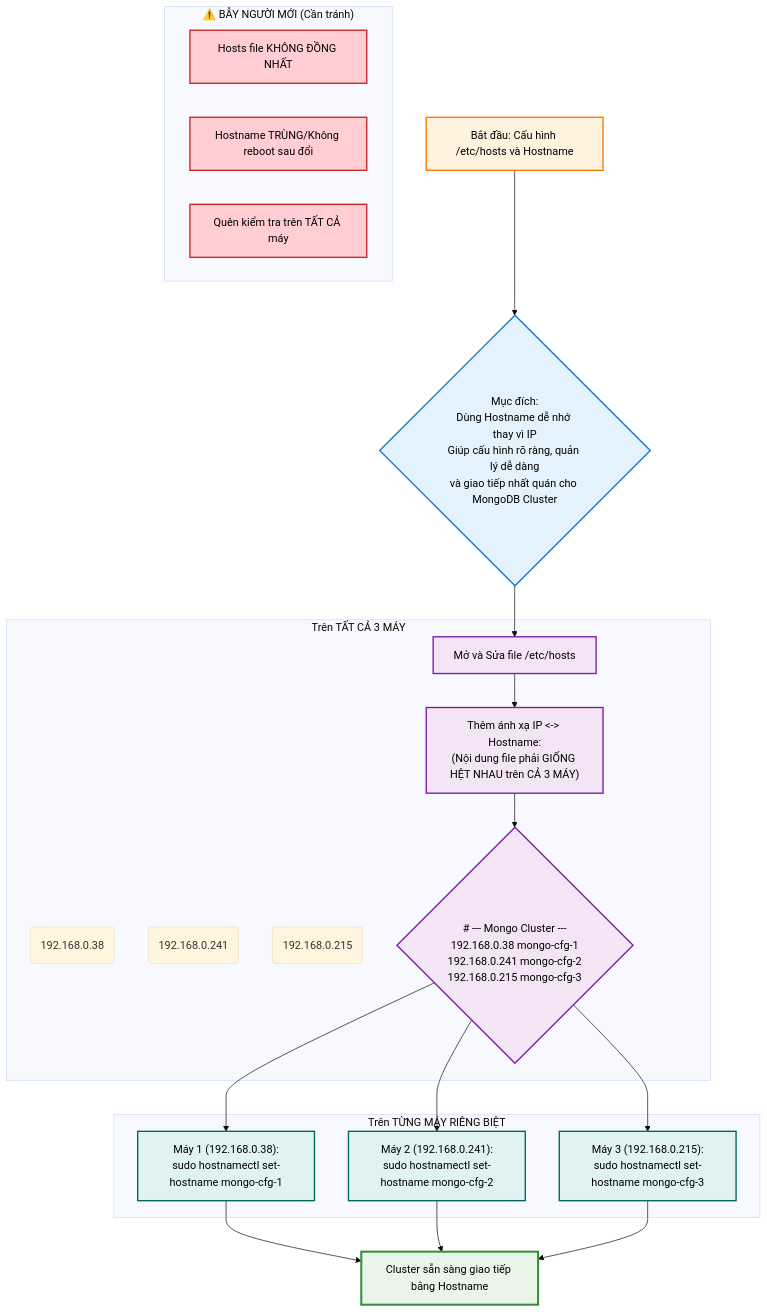
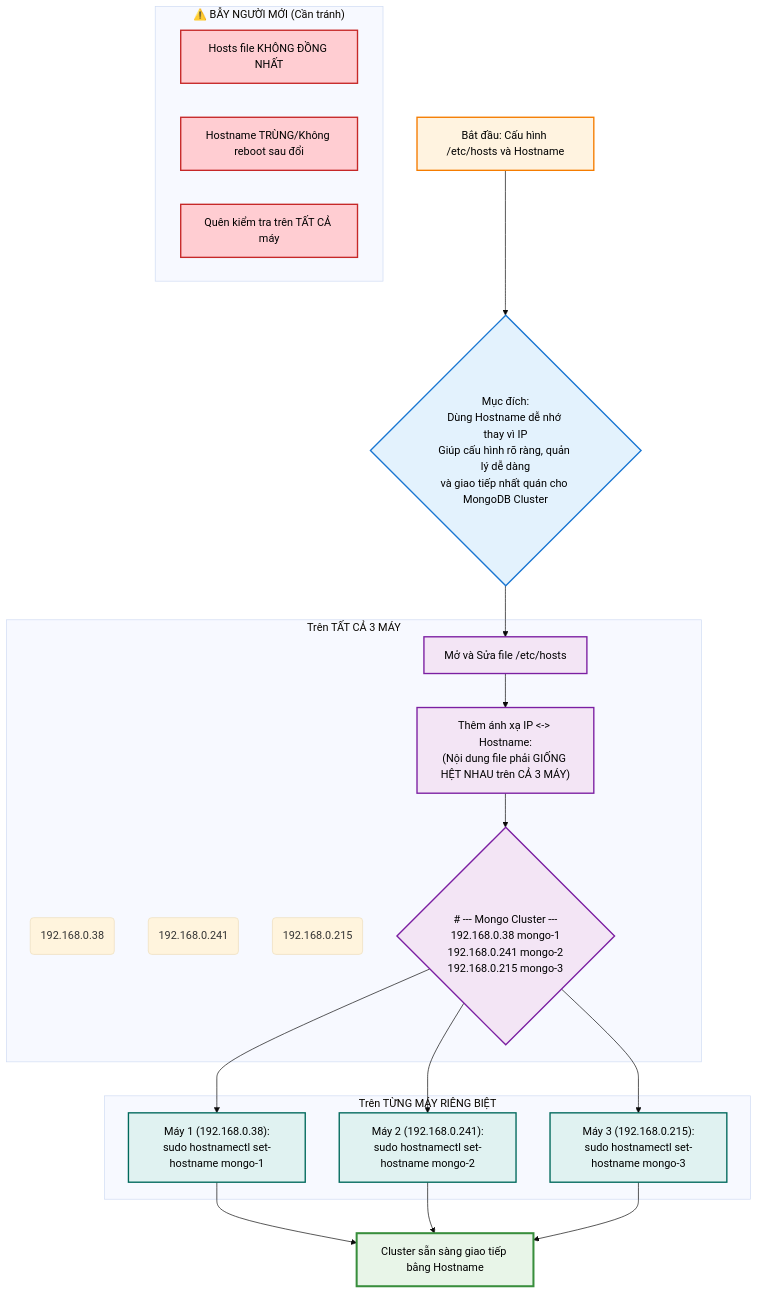
Before and after one commit to ngockhanhvd2812/DBA: the third of 18 diagrams in DB/Mongo-Sharding/mongo-sharding-practice.md, drawn with Mermaid (base theme). The commit also changed other lines of this file, not shown here.

````diff
--- a/DB/Mongo-Sharding/mongo-sharding-practice.md
+++ b/DB/Mongo-Sharding/mongo-sharding-practice.md
@@ -208,51 +208,51 @@
 ```mermaid
 flowchart TD
     A[Bắt đầu: Cấu hình /etc/hosts và Hostname] --> B{Mục đích:<br/>Dùng Hostname dễ nhớ thay vì IP<br/>Giúp cấu hình rõ ràng, quản lý dễ dàng<br/>và giao tiếp nhất quán cho MongoDB Cluster};
     
     subgraph "Trên TẤT CẢ 3 MÁY"
         IP1(192.168.0.38)
         IP2(192.168.0.241)
         IP3(192.168.0.215)
         
         S1["Mở và Sửa file /etc/hosts"]
         S1 --> S2["Thêm ánh xạ IP <-> Hostname:<br/>(Nội dung file phải GIỐNG HỆT NHAU trên CẢ 3 MÁY)"];
-        S2 --> HostEntries{<br/># --- Mongo Cluster ---<br/>192.168.0.38 mongo-cfg-1<br/>192.168.0.241 mongo-cfg-2<br/>192.168.0.215 mongo-cfg-3<br/>}
+        S2 --> HostEntries{<br/># --- Mongo Cluster ---<br/>192.168.0.38 mongo-1<br/>192.168.0.241 mongo-2<br/>192.168.0.215 mongo-3<br/>}
     end
     
     subgraph "Trên TỪNG MÁY RIÊNG BIỆT"
-        M1["Máy 1 (192.168.0.38):<br/>sudo hostnamectl set-hostname mongo-cfg-1"]
-        M2["Máy 2 (192.168.0.241):<br/>sudo hostnamectl set-hostname mongo-cfg-2"]
-        M3["Máy 3 (192.168.0.215):<br/>sudo hostnamectl set-hostname mongo-cfg-3"]
+        M1["Máy 1 (192.168.0.38):<br/>sudo hostnamectl set-hostname mongo-1"]
+        M2["Máy 2 (192.168.0.241):<br/>sudo hostnamectl set-hostname mongo-2"]
+        M3["Máy 3 (192.168.0.215):<br/>sudo hostnamectl set-hostname mongo-3"]
     end
     
     B --> S1
     HostEntries --> M1
     HostEntries --> M2
     HostEntries --> M3
     
     subgraph "⚠️ BẪY NGƯỜI MỚI (Cần tránh)"
         P1["Hosts file KHÔNG ĐỒNG NHẤT"];
         P2["Hostname TRÙNG/Không reboot sau đổi"];
         P3["Quên kiểm tra trên TẤT CẢ máy"];
     end
     
     M1 --> F[Cluster sẵn sàng giao tiếp bằng Hostname];
     M2 --> F;
     M3 --> F;
     
     %% Định nghĩa style classes
     classDef startNode fill:#fff3e0,stroke:#f57c00,stroke-width:2px,color:#000
     classDef purposeNode fill:#e3f2fd,stroke:#1976d2,stroke-width:2px,color:#000
     classDef sharedConfig fill:#f3e5f5,stroke:#7b1fa2,stroke-width:2px,color:#000
     classDef uniqueConfig fill:#e0f2f1,stroke:#00695c,stroke-width:2px,color:#000
     classDef resultNode fill:#e8f5e8,stroke:#388e3c,stroke-width:3px,color:#000
     classDef trapNode fill:#ffcdd2,stroke:#c62828,stroke-width:2px,color:#000
     
     %% Áp dụng styles
     class A startNode
     class B purposeNode
     class S1,S2,HostEntries sharedConfig
     class M1,M2,M3 uniqueConfig
     class F resultNode
     class P1,P2,P3 trapNode
 ```
````
